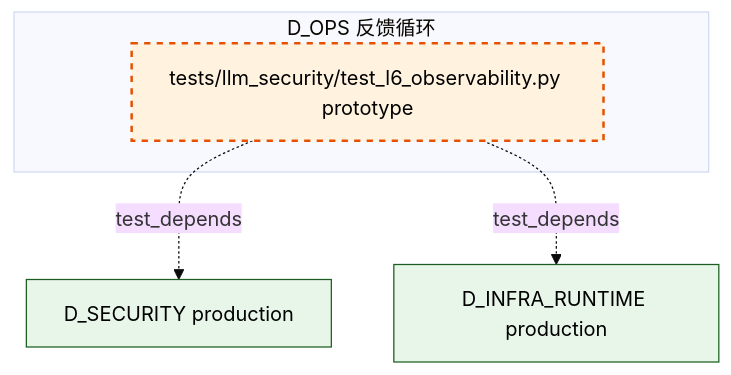
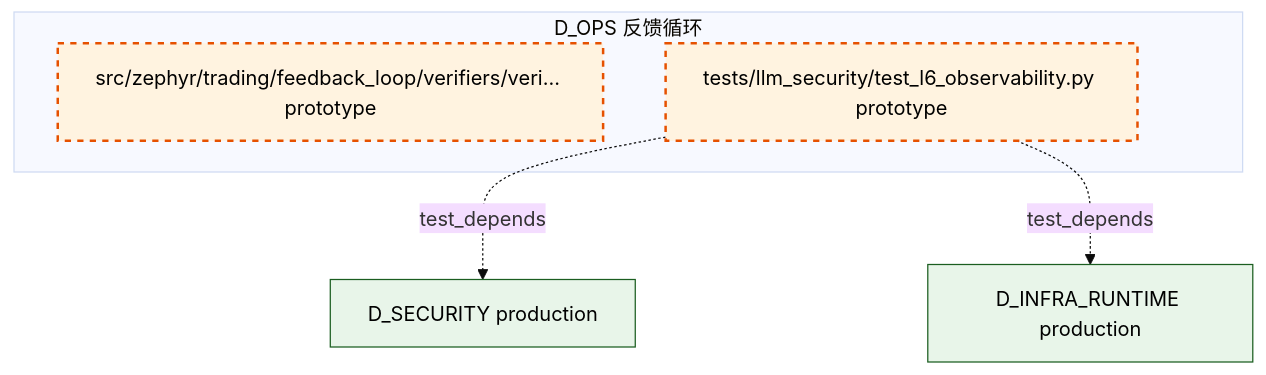
One commit to xuanFelixVan/ZephyrAlpha changed the tenth of 10 diagrams in docs/02_enterprise_architecture/02_domain_architecture_docs/16_d_ops.md. Above: the diagram before and after it, drawn with Mermaid (base theme). The commit also changed other lines of this file and 105 other files, not shown here.

````diff
--- a/docs/02_enterprise_architecture/02_domain_architecture_docs/16_d_ops.md
+++ b/docs/02_enterprise_architecture/02_domain_architecture_docs/16_d_ops.md
@@ -727,16 +635,17 @@
 ```mermaid
 graph TD
     subgraph D_OPS["D_OPS 反馈循环"]
+        src_zephyr_trading_feedback_loop_verifiers_verification_engine_py["src/zephyr/trading/feedback_loop/verifiers/veri... prototype"]
         tests_llm_security_test_l6_observability_py["tests/llm_security/test_l6_observability.py prototype"]
     end
     D_SECURITY["D_SECURITY production"]
     tests_llm_security_test_l6_observability_py -.->|test_depends| D_SECURITY
     D_INFRA_RUNTIME["D_INFRA_RUNTIME production"]
     tests_llm_security_test_l6_observability_py -.->|test_depends| D_INFRA_RUNTIME
     classDef production fill:#e1f5fe,stroke:#01579b,stroke-width:2px,color:#000
     classDef design fill:#fff3e0,stroke:#e65100,stroke-width:2px,color:#000,stroke-dasharray: 5 5
     classDef external_prod fill:#e8f5e9,stroke:#1b5e20,stroke-width:1px,color:#000
     classDef external_design fill:#fce4ec,stroke:#880e4f,stroke-width:1px,color:#000,stroke-dasharray: 5 5
-    class tests_llm_security_test_l6_observability_py design
+    class src_zephyr_trading_feedback_loop_verifiers_verification_engine_py,tests_llm_security_test_l6_observability_py design
     class D_SECURITY,D_INFRA_RUNTIME external_prod
 ```
````
